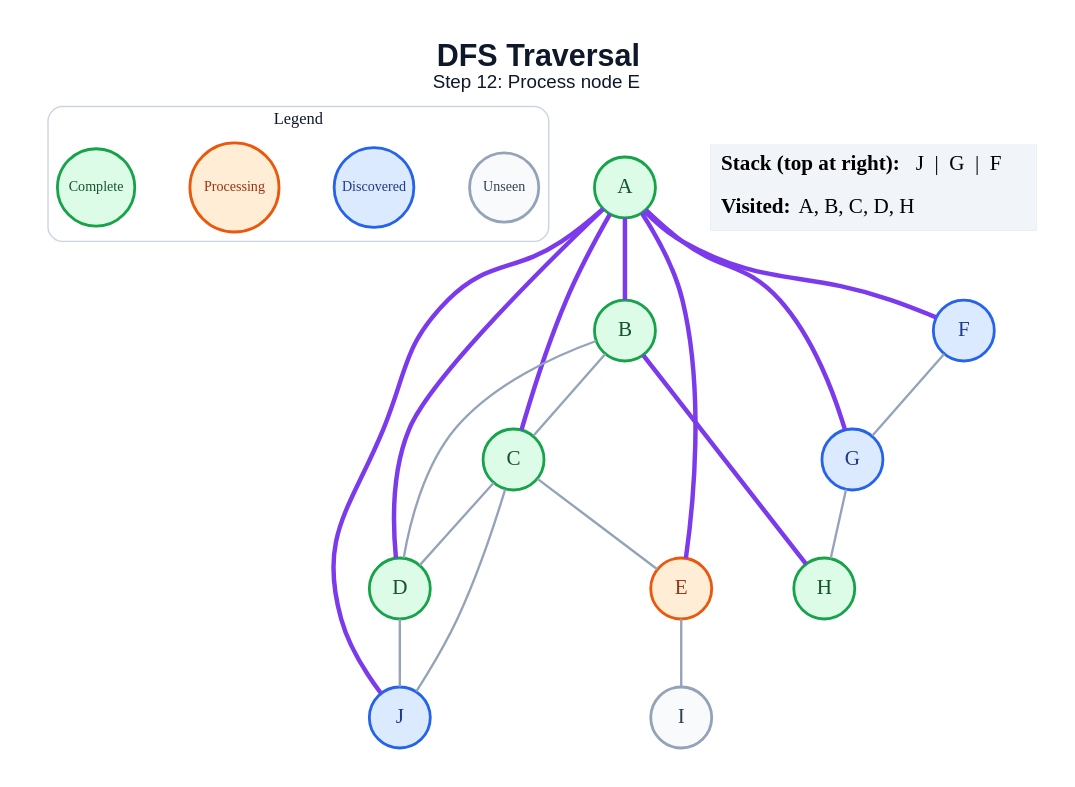
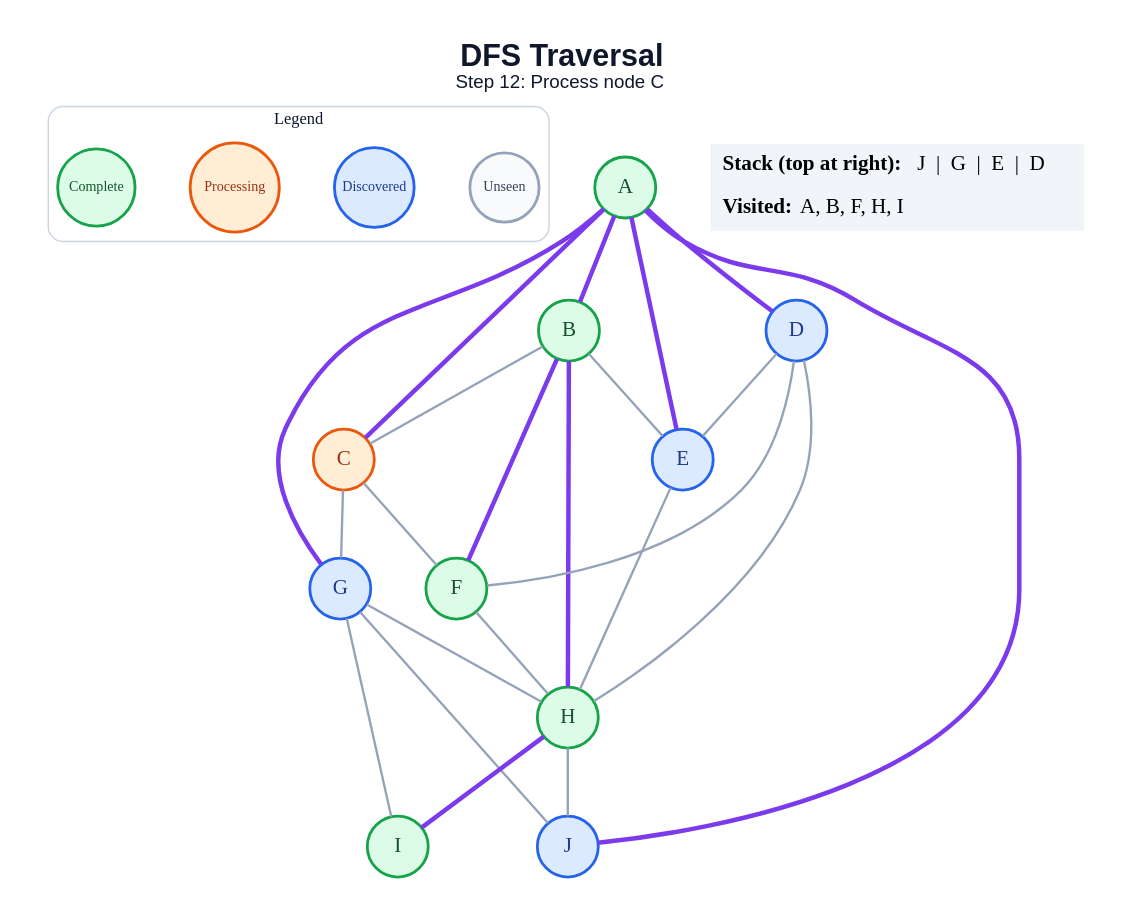
One commit to anon7238593-create/ai-slop changed the diagram in generated/dfs/step_12.dot. Above: the diagram before and after it, drawn with Graphviz. The commit also changed 178 other files, not shown here.

```diff
--- a/generated/dfs/step_12.dot
+++ b/generated/dfs/step_12.dot
@@ -1,46 +1,51 @@
 graph traversal {
   graph [layout=dot, rankdir=TB, bgcolor="#FFFFFF", pad="0.35", nodesep="0.65", ranksep="0.8", fontname="Arial"];
   node [shape=circle, style="filled", fontname="Arial Bold", fontsize=18, width=0.72, fixedsize=true, penwidth=2.4];
   edge [color="#94A3B8", penwidth=2.0];
-  label=<<B>DFS Traversal</B><BR/><FONT POINT-SIZE="16">Step 12: Process node E</FONT>>; labelloc="t"; fontsize=26; fontname="Arial"; fontcolor="#0F172A";
+  label=<<B>DFS Traversal</B><BR/><FONT POINT-SIZE="16">Step 12: Process node C</FONT>>; labelloc="t"; fontsize=26; fontname="Arial"; fontcolor="#0F172A";
   subgraph cluster_legend { label="Legend"; color="#CBD5E1"; penwidth=1.2; style="rounded"; fontsize=14; fontname="Arial Bold";
     key_unseen [label="Unseen", fillcolor="#F8FAFC", color="#94A3B8", fontcolor="#334155", fontsize=12, width=0.82];
     key_frontier [label="Discovered", fillcolor="#DBEAFE", color="#2563EB", fontcolor="#1E3A8A", fontsize=12, width=0.95];
     key_current [label="Processing", fillcolor="#FFEDD5", color="#EA580C", fontcolor="#9A3412", fontsize=12, width=1.05];
     key_done [label="Complete", fillcolor="#DCFCE7", color="#16A34A", fontcolor="#14532D", fontsize=12, width=0.92];
     { rank=same; key_unseen; key_frontier; key_current; key_done; }
   }
   A [fillcolor="#DCFCE7", color="#16A34A", fontcolor="#14532D"];
   B [fillcolor="#DCFCE7", color="#16A34A", fontcolor="#14532D"];
-  C [fillcolor="#DCFCE7", color="#16A34A", fontcolor="#14532D"];
-  D [fillcolor="#DCFCE7", color="#16A34A", fontcolor="#14532D"];
-  E [fillcolor="#FFEDD5", color="#EA580C", fontcolor="#9A3412"];
-  F [fillcolor="#DBEAFE", color="#2563EB", fontcolor="#1E3A8A"];
+  C [fillcolor="#FFEDD5", color="#EA580C", fontcolor="#9A3412"];
+  D [fillcolor="#DBEAFE", color="#2563EB", fontcolor="#1E3A8A"];
+  E [fillcolor="#DBEAFE", color="#2563EB", fontcolor="#1E3A8A"];
+  F [fillcolor="#DCFCE7", color="#16A34A", fontcolor="#14532D"];
   G [fillcolor="#DBEAFE", color="#2563EB", fontcolor="#1E3A8A"];
   H [fillcolor="#DCFCE7", color="#16A34A", fontcolor="#14532D"];
-  I [fillcolor="#F8FAFC", color="#94A3B8", fontcolor="#334155"];
+  I [fillcolor="#DCFCE7", color="#16A34A", fontcolor="#14532D"];
   J [fillcolor="#DBEAFE", color="#2563EB", fontcolor="#1E3A8A"];
   A -- B [color="#7C3AED", penwidth=3.8];
   A -- C [color="#7C3AED", penwidth=3.8];
   A -- D [color="#7C3AED", penwidth=3.8];
   A -- E [color="#7C3AED", penwidth=3.8];
-  A -- F [color="#7C3AED", penwidth=3.8];
   A -- G [color="#7C3AED", penwidth=3.8];
   A -- J [color="#7C3AED", penwidth=3.8];
   B -- C;
-  B -- D;
+  B -- E;
+  B -- F [color="#7C3AED", penwidth=3.8];
   B -- H [color="#7C3AED", penwidth=3.8];
-  C -- D;
-  C -- E;
-  C -- J;
-  D -- J;
-  E -- I;
-  F -- G;
+  C -- F;
+  C -- G;
+  D -- E;
+  D -- F;
+  D -- H;
+  E -- H;
+  F -- H;
   G -- H;
+  G -- I;
+  G -- J;
+  H -- I [color="#7C3AED", penwidth=3.8];
+  H -- J;
   status [shape=plain, fixedsize=false, width=0, height=0, margin=0, label=<
     <TABLE BORDER="0" CELLBORDER="0" CELLPADDING="7" BGCOLOR="#F1F5F9">
-      <TR><TD ALIGN="LEFT"><B>Stack (top at right):</B> J  |  G  |  F</TD></TR>
-      <TR><TD ALIGN="LEFT"><B>Visited:</B> A, B, C, D, H</TD></TR>
+      <TR><TD ALIGN="LEFT"><B>Stack (top at right):</B> J  |  G  |  E  |  D</TD></TR>
+      <TR><TD ALIGN="LEFT"><B>Visited:</B> A, B, F, H, I</TD></TR>
     </TABLE>
   >];
 }
```
